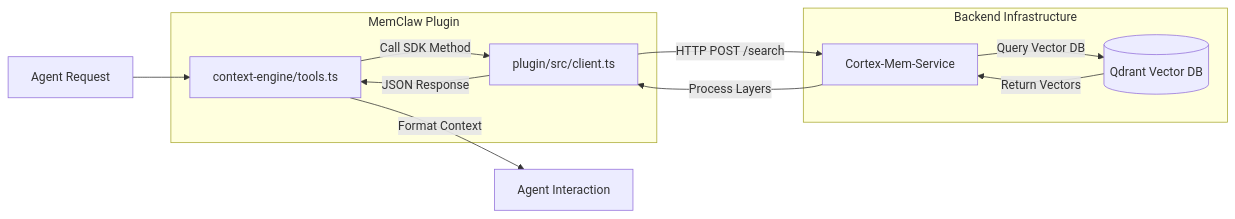
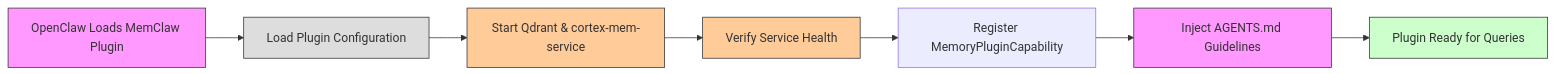
The first of 3 diagrams in litho.docs/en/3.Workflow.md (sopaco/memclaw), drawn with Mermaid before and after one commit. The commit also changed other lines of this file and 33 other files, not shown here.

First line of the commit message:
Update Windows binaries to v0.1.10 and refresh architecture documentation

````diff
--- a/litho.docs/en/3.Workflow.md
+++ b/litho.docs/en/3.Workflow.md
@@ -93,21 +90,16 @@
 ```mermaid
 graph LR
-    A[Agent Request] --> B[context-engine/tools.ts]
-    B -->|Call SDK Method| C[plugin/src/client.ts]
-    C -->|HTTP POST /search| D[Cortex-Mem-Service]
-    D -->|Query Vector DB| E[(Qdrant Vector DB)]
-    E -->|Return Vectors| D
-    D -->|Process Layers| C
-    C -->|JSON Response| B
-    B -->|Format Context| F[Agent Interaction]
+    A[OpenClaw Loads MemClaw Plugin] --> B[Load Plugin Configuration]
+    B --> C[Start Qdrant & cortex-mem-service]
+    C --> D[Verify Service Health]
+    D --> E[Register MemoryPluginCapability]
+    E --> F[Inject AGENTS.md Guidelines]
+    F --> G[Plugin Ready for Queries]
     
-    subgraph MemClaw Plugin
-    B
-    C
-    end
-    
-    subgraph Backend Infrastructure
-    D
-    E
-    end
+    style A fill:#f9f,stroke:#333
+    style G fill:#cfc,stroke:#333
+    style C fill:#ffcc99,stroke:#333
+    style D fill:#ffcc99,stroke:#333
+    style B fill:#ddd,stroke:#333
+    style F fill:#f9f,stroke:#333
 ```
````
